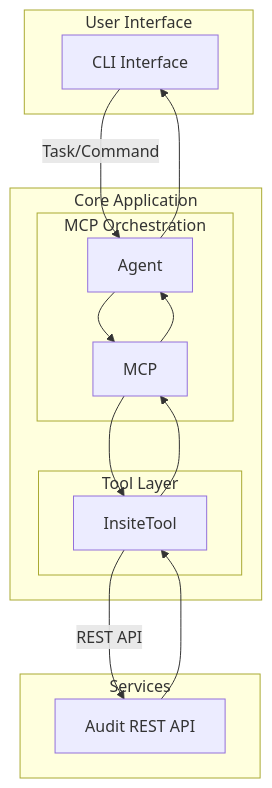
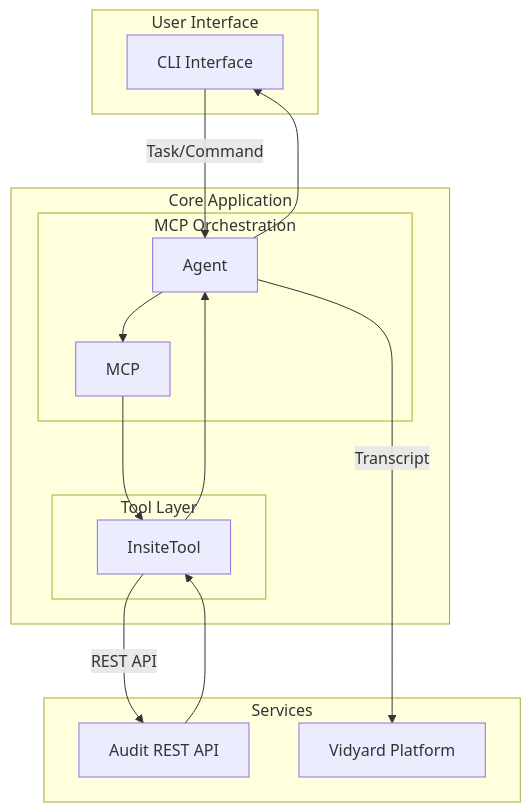
The first of 2 diagrams in README.md (nenavathsuresh/Autogen), drawn with Mermaid before and after one commit.

````diff
--- a/README.md
+++ b/README.md
@@ -47,28 +47,29 @@
 ```mermaid
 graph TD
     subgraph User Interface
         CLI[CLI Interface]
     end
 
     subgraph Core Application
         CLI -->|Task/Command| Agent
         subgraph MCP Orchestration
             Agent --> MCP
         end
         subgraph Tool Layer
             MCP --> InsiteTool
         end
     end
 
     subgraph Services
         InsiteTool -->|REST API| RESTAPI[Audit REST API]
+        Agent -->|Transcript| Vidyard[Vidyard Platform]
     end
 
-    %% Response/data flow returns through the same modules
+    %% Response/data flow returns to Agent, then CLI
     RESTAPI --> InsiteTool
-    InsiteTool --> MCP
-    MCP --> Agent
+    InsiteTool --> Agent
     Agent --> CLI
 
 
+
 ```
````
